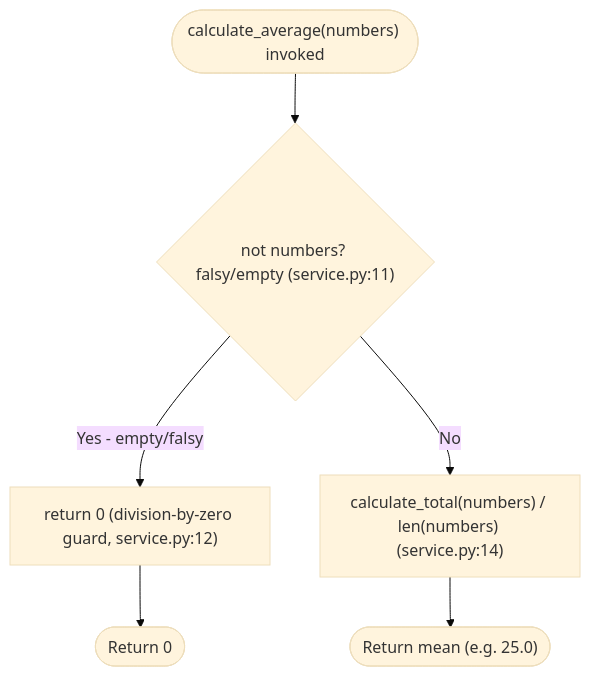
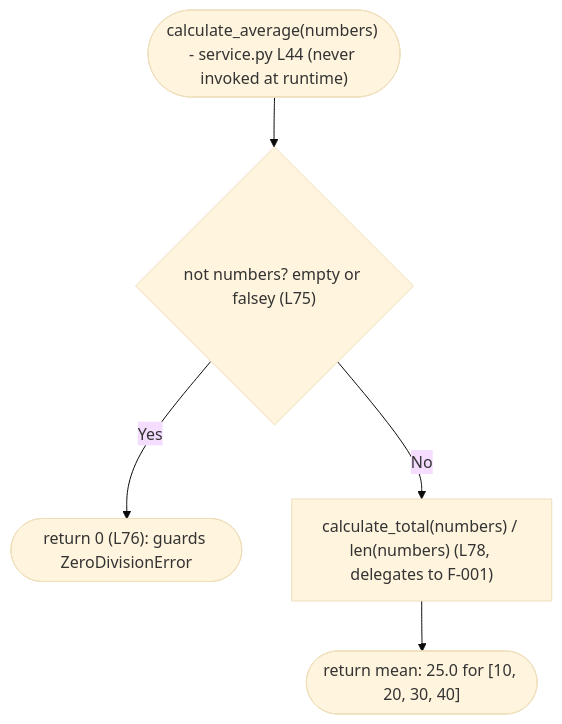
One commit to lakshya-blitzy/600K_ParentRepo changed the seventh of 43 diagrams in blitzy/documentation/Technical Specifications.md. Above: the diagram before and after it, drawn with Mermaid (base theme). The commit also changed other lines of this file, not shown here.

````diff
--- a/blitzy/documentation/Technical Specifications.md
+++ b/blitzy/documentation/Technical Specifications.md
@@ -1025,8 +1003,7 @@
 ```mermaid
 flowchart TD
-    S(["calculate_average(numbers) invoked"]) --> G{"not numbers? falsy/empty (service.py:11)"}
-    G -->|"Yes - empty/falsy"| Z["return 0 (division-by-zero guard, service.py:12)"]
-    G -->|"No"| C["calculate_total(numbers) / len(numbers) (service.py:14)"]
-    C --> R(["Return mean (e.g. 25.0)"])
-    Z --> R2(["Return 0"])
+    S(["calculate_average(numbers) - service.py L44 (never invoked at runtime)"]) --> G{"not numbers? empty or falsey (L75)"}
+    G -->|"Yes"| Z(["return 0 (L76): guards ZeroDivisionError"])
+    G -->|"No"| C["calculate_total(numbers) / len(numbers) (L78, delegates to F-001)"]
+    C --> R(["return mean: 25.0 for [10, 20, 30, 40]"])
 ```
````
